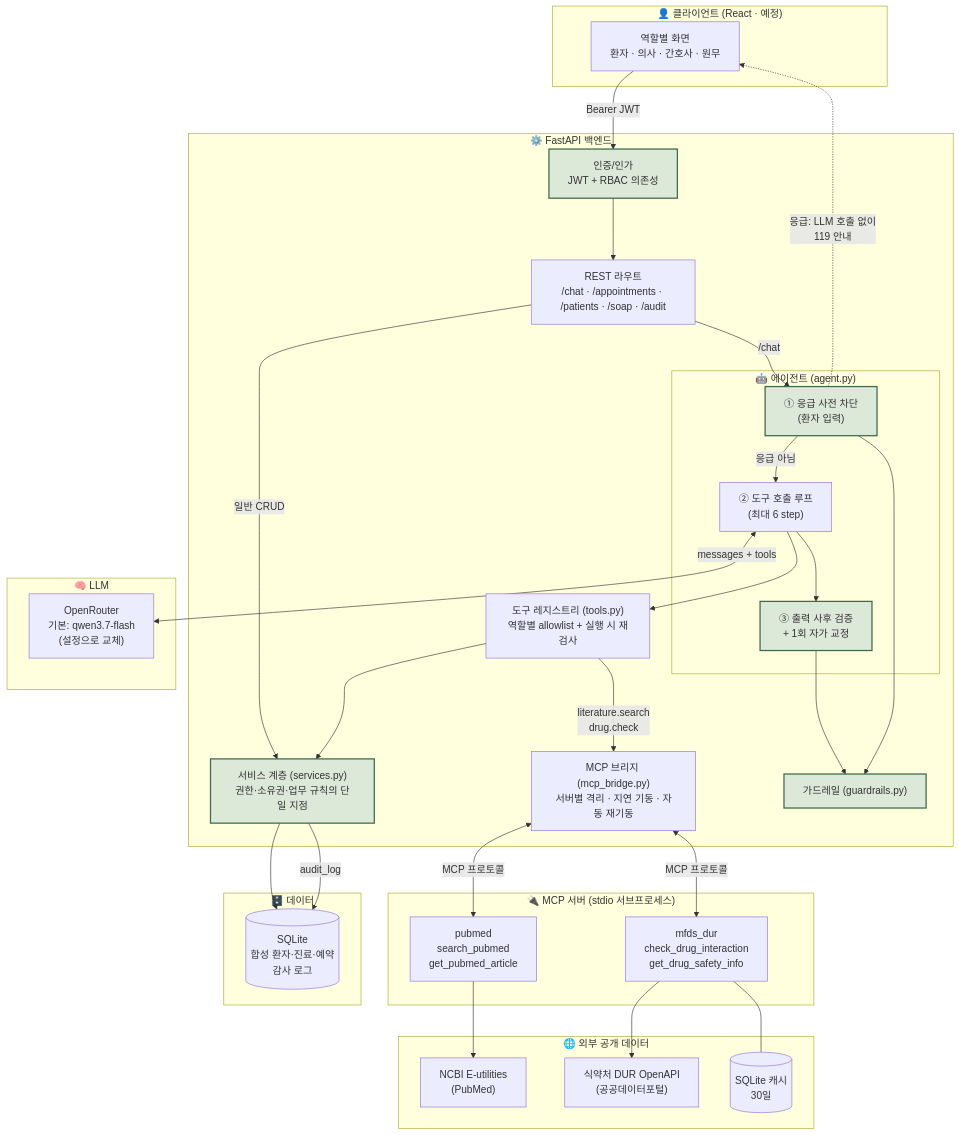
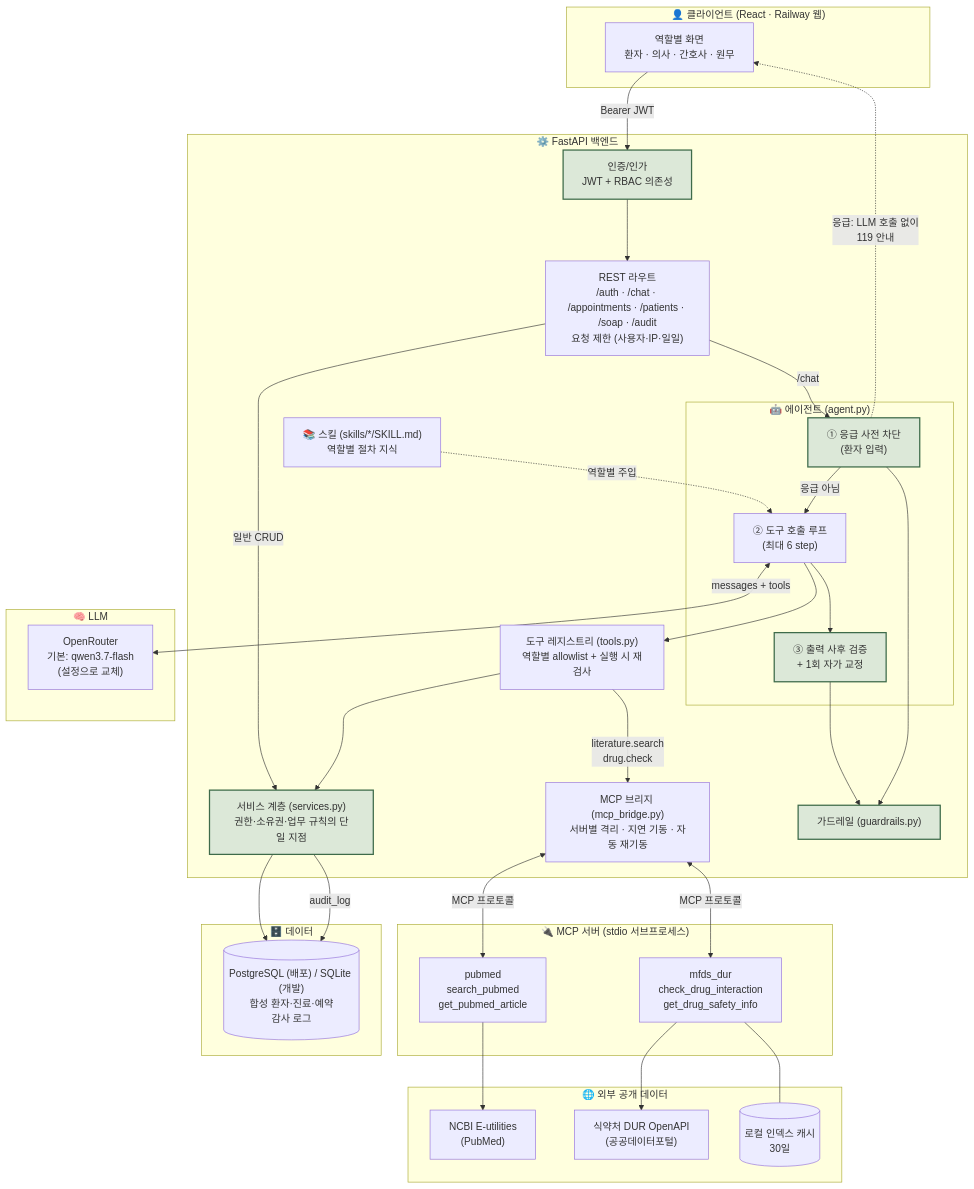
One commit to minhahamin/mediRail changed the first of 6 diagrams in README.md. Above: the diagram before and after it, drawn with Mermaid. The commit also changed other lines of this file and 4 other files, not shown here.

First line of the commit message:
docs: README 갱신 (라이브 데모, 스크린샷, 배포 아키텍처, DUR 성분서비스 재설계, 스킬, 회원가입, PostgreSQL)

````diff
--- a/README.md
+++ b/README.md
@@ -48,59 +58,61 @@
 ```mermaid
 flowchart TB
-    subgraph Client["👤 클라이언트 (React · 예정)"]
+    subgraph Client["👤 클라이언트 (React · Railway 웹)"]
         UI["역할별 화면<br/>환자 · 의사 · 간호사 · 원무"]
     end
 
     subgraph API["⚙️ FastAPI 백엔드"]
         AUTH["인증/인가<br/>JWT + RBAC 의존성"]
-        ROUTES["REST 라우트<br/>/chat · /appointments · /patients · /soap · /audit"]
+        ROUTES["REST 라우트<br/>/auth · /chat · /appointments · /patients · /soap · /audit<br/>요청 제한 (사용자·IP·일일)"]
         subgraph AGENT["🤖 에이전트 (agent.py)"]
             PRE["① 응급 사전 차단<br/>(환자 입력)"]
             LOOP["② 도구 호출 루프<br/>(최대 6 step)"]
             POST["③ 출력 사후 검증<br/>+ 1회 자가 교정"]
         end
         TOOLS["도구 레지스트리 (tools.py)<br/>역할별 allowlist + 실행 시 재검사"]
         SVC["서비스 계층 (services.py)<br/>권한·소유권·업무 규칙의 단일 지점"]
         GR["가드레일 (guardrails.py)"]
         BRIDGE["MCP 브리지 (mcp_bridge.py)<br/>서버별 격리 · 지연 기동 · 자동 재기동"]
+        SK["📚 스킬 (skills/*/SKILL.md)<br/>역할별 절차 지식"]
     end
 
     subgraph Data["🗄️ 데이터"]
-        DB[("SQLite<br/>합성 환자·진료·예약<br/>감사 로그")]
+        DB[("PostgreSQL (배포) / SQLite (개발)<br/>합성 환자·진료·예약<br/>감사 로그")]
     end
 
     subgraph LLM["🧠 LLM"]
         OR["OpenRouter<br/>기본: qwen3.7-flash<br/>(설정으로 교체)"]
     end
 
     subgraph MCP["🔌 MCP 서버 (stdio 서브프로세스)"]
         PUB["pubmed<br/>search_pubmed<br/>get_pubmed_article"]
         DUR["mfds_dur<br/>check_drug_interaction<br/>get_drug_safety_info"]
     end
 
     subgraph EXT["🌐 외부 공개 데이터"]
         NCBI["NCBI E-utilities<br/>(PubMed)"]
         MFDS["식약처 DUR OpenAPI<br/>(공공데이터포털)"]
-        CACHE[("SQLite 캐시<br/>30일")]
+        CACHE[("로컬 인덱스 캐시<br/>30일")]
     end
 
     UI -->|Bearer JWT| AUTH --> ROUTES
     ROUTES -->|일반 CRUD| SVC
     ROUTES -->|/chat| PRE
     PRE -->|응급 아님| LOOP
     PRE -.->|응급: LLM 호출 없이<br/>119 안내| UI
+    SK -.->|역할별 주입| LOOP
     LOOP <-->|messages + tools| OR
     LOOP --> TOOLS --> SVC --> DB
     TOOLS -->|literature.search<br/>drug.check| BRIDGE
     BRIDGE <-->|MCP 프로토콜| PUB
     BRIDGE <-->|MCP 프로토콜| DUR
     PUB --> NCBI
     DUR --> MFDS
     DUR --- CACHE
     LOOP --> POST --> GR
     PRE --> GR
     SVC -->|audit_log| DB
 
     classDef safe fill:#dce8d8,stroke:#3e6b4a,stroke-width:2px;
     class PRE,POST,GR,SVC,AUTH safe;
 ```
````
